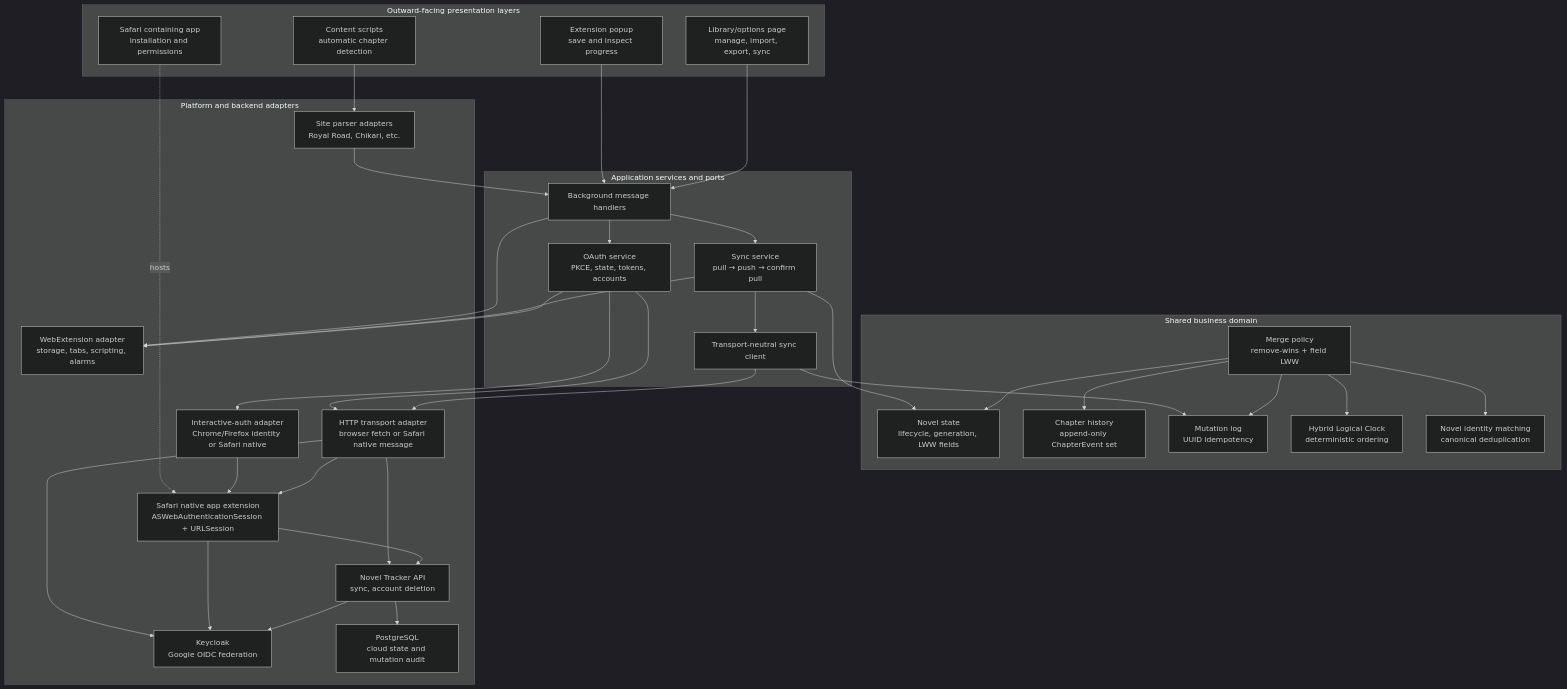
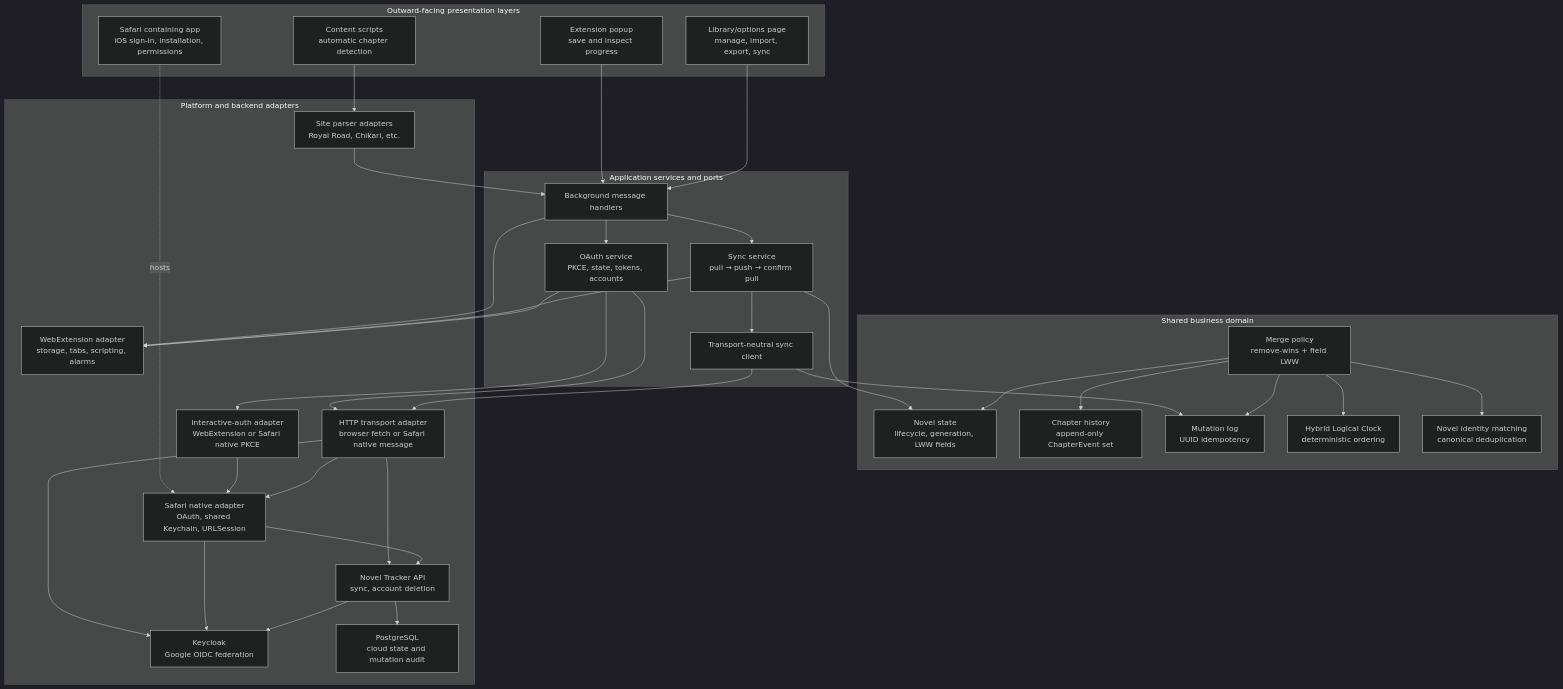
The diagram in docs/platform-architecture.md (biswashghi/novel_tracker), drawn with Mermaid (dark theme) before and after one commit. The commit also changed other lines of this file and 3 other files, not shown here.

````diff
--- a/docs/platform-architecture.md
+++ b/docs/platform-architecture.md
@@ -7,65 +7,65 @@
 ```mermaid
 flowchart TB
   subgraph Presentation["Outward-facing presentation layers"]
     Popup["Extension popup<br/>save and inspect progress"]
     Library["Library/options page<br/>manage, import, export, sync"]
     Content["Content scripts<br/>automatic chapter detection"]
-    SafariApp["Safari containing app<br/>installation and permissions"]
+    SafariApp["Safari containing app<br/>iOS sign-in, installation, permissions"]
   end
 
   subgraph Application["Application services and ports"]
     Background["Background message handlers"]
     SyncService["Sync service<br/>pull → push → confirm pull"]
     Auth["OAuth service<br/>PKCE, state, tokens, accounts"]
     SyncClient["Transport-neutral sync client"]
   end
 
   subgraph Domain["Shared business domain"]
     Novel["Novel state<br/>lifecycle, generation, LWW fields"]
     History["Chapter history<br/>append-only ChapterEvent set"]
     Mutation["Mutation log<br/>UUID idempotency"]
     Clock["Hybrid Logical Clock<br/>deterministic ordering"]
     Merge["Merge policy<br/>remove-wins + field LWW"]
     Identity["Novel identity matching<br/>canonical deduplication"]
   end
 
   subgraph Adapters["Platform and backend adapters"]
     ExtensionAPI["WebExtension adapter<br/>storage, tabs, scripting, alarms"]
-    AuthPlatform["Interactive-auth adapter<br/>Chrome/Firefox identity or Safari native"]
+    AuthPlatform["Interactive-auth adapter<br/>WebExtension or Safari native PKCE"]
     HTTPPlatform["HTTP transport adapter<br/>browser fetch or Safari native message"]
     Parsers["Site parser adapters<br/>Royal Road, Chikari, etc."]
-    SafariNative["Safari native app extension<br/>ASWebAuthenticationSession + URLSession"]
+    SafariNative["Safari native adapter<br/>OAuth, shared Keychain, URLSession"]
     API["Novel Tracker API<br/>sync, account deletion"]
     Keycloak["Keycloak<br/>Google OIDC federation"]
     Postgres["PostgreSQL<br/>cloud state and mutation audit"]
   end
 
   Popup --> Background
   Library --> Background
   Content --> Parsers --> Background
   SafariApp -. hosts .-> SafariNative
   Background --> SyncService
   Background --> Auth
   SyncService --> SyncClient
   Background --> ExtensionAPI
   SyncService --> ExtensionAPI
   Auth --> ExtensionAPI
   Auth --> AuthPlatform
   Auth --> HTTPPlatform
   SyncClient --> HTTPPlatform
   AuthPlatform --> SafariNative
   HTTPPlatform --> SafariNative
   HTTPPlatform --> API
   HTTPPlatform --> Keycloak
   SafariNative --> API
   SafariNative --> Keycloak
   API --> Postgres
   API --> Keycloak
   SyncService --> Novel
   SyncClient --> Mutation
   Merge --> Novel
   Merge --> History
   Merge --> Mutation
   Merge --> Clock
   Merge --> Identity
 ```
````
